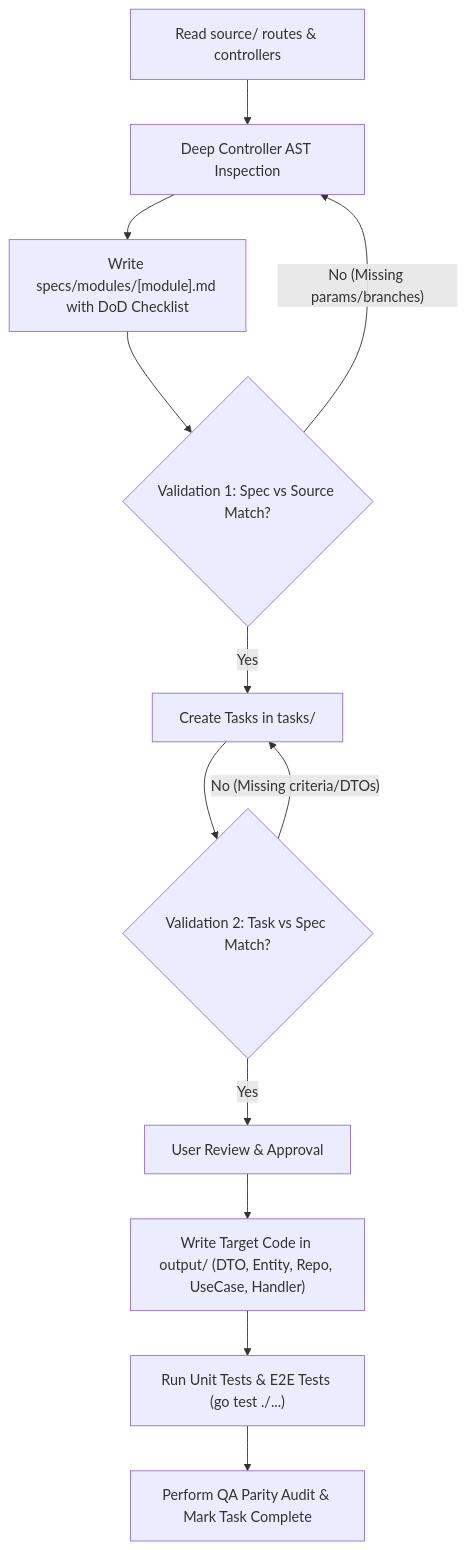
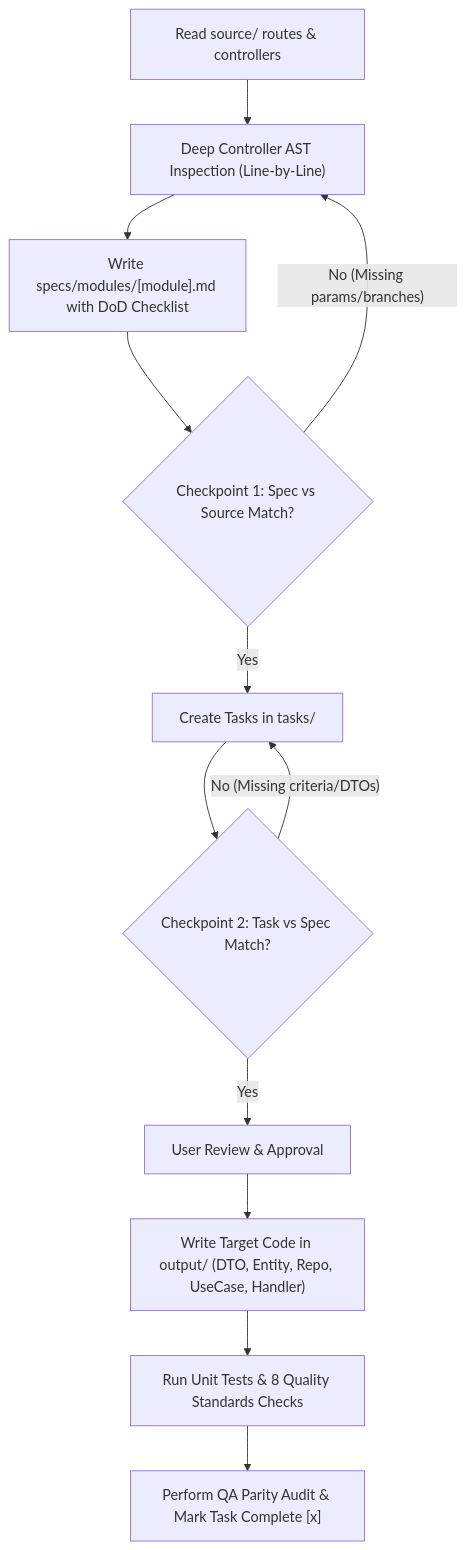
Before and after one commit to hanifalkauni/alih-spec: the diagram in evaluate/evaluation-specs-mismatch.md, drawn with Mermaid. The commit also changed other lines of this file and 2 other files, not shown here.

Commit message:
feat(quality): integrate 8 Enterprise Quality Standards across rules, qa-checklist & evaluation guide

````diff
--- a/evaluate/evaluation-specs-mismatch.md
+++ b/evaluate/evaluation-specs-mismatch.md
@@ -99,14 +130,14 @@
 ```mermaid
 flowchart TD
-    A["Read source/ routes & controllers"] --> B["Deep Controller AST Inspection"]
+    A["Read source/ routes & controllers"] --> B["Deep Controller AST Inspection (Line-by-Line)"]
     B --> C["Write specs/modules/[module].md with DoD Checklist"]
-    C --> V1{"Validation 1: Spec vs Source Match?"}
+    C --> V1{"Checkpoint 1: Spec vs Source Match?"}
     V1 -- No (Missing params/branches) --> B
     V1 -- Yes --> D["Create Tasks in tasks/"]
-    D --> V2{"Validation 2: Task vs Spec Match?"}
+    D --> V2{"Checkpoint 2: Task vs Spec Match?"}
     V2 -- No (Missing criteria/DTOs) --> D
     V2 -- Yes --> E["User Review & Approval"]
     E --> F["Write Target Code in output/ (DTO, Entity, Repo, UseCase, Handler)"]
-    F --> G["Run Unit Tests & E2E Tests (go test ./...)"]
-    G --> H["Perform QA Parity Audit & Mark Task Complete"]
+    F --> G["Run Unit Tests & 8 Quality Standards Checks"]
+    G --> H["Perform QA Parity Audit & Mark Task Complete [x]"]
 ```
````
